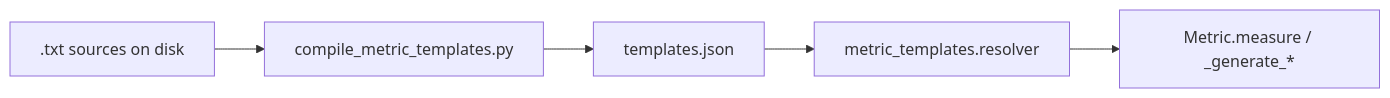
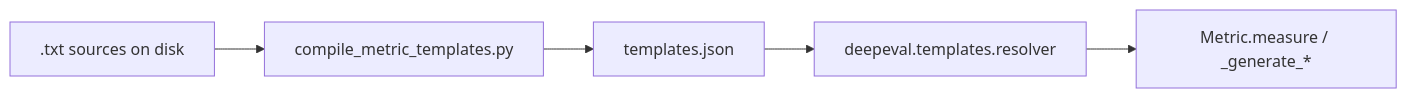
One commit to confident-ai/deepeval changed the diagram in deepeval/metrics/README.md. Above: the diagram before and after it, drawn with Mermaid. The commit also changed other lines of this file and 1 other file, not shown here.

Commit message:
docs: fix stale metric_templates paths and broken anchor link

````diff
--- a/deepeval/metrics/README.md
+++ b/deepeval/metrics/README.md
@@ -158,9 +158,9 @@
 ```mermaid
 flowchart LR
   Txt[".txt sources on disk"]
   Compile["compile_metric_templates.py"]
   JSON["templates.json"]
-  Resolver["metric_templates.resolver"]
+  Resolver["deepeval.templates.resolver"]
   Metric["Metric.measure / _generate_*"]
   Txt --> Compile --> JSON --> Resolver --> Metric
 ```
````
